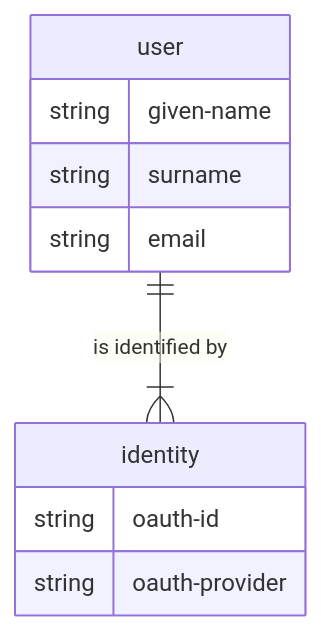
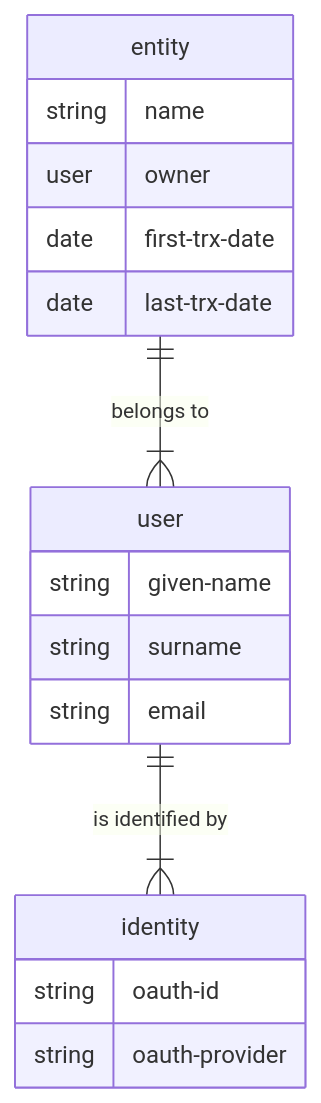
Before and after one commit to dgknght/multi-money: the diagram in README.md, drawn with Mermaid. The commit also changed 47 other files, not shown here.

````diff
--- a/README.md
+++ b/README.md
@@ -15,13 +15,20 @@
 ```mermaid
 erDiagram
   user ||--|{ identity : "is identified by"
   user {
     string given-name
     string surname
     string email
   }
   identity {
     string oauth-id
     string oauth-provider
   }
+  entity ||--|{ user : "belongs to"
+  entity {
+    string name
+    user owner
+    date first-trx-date
+    date last-trx-date
+  }
 ```
````
